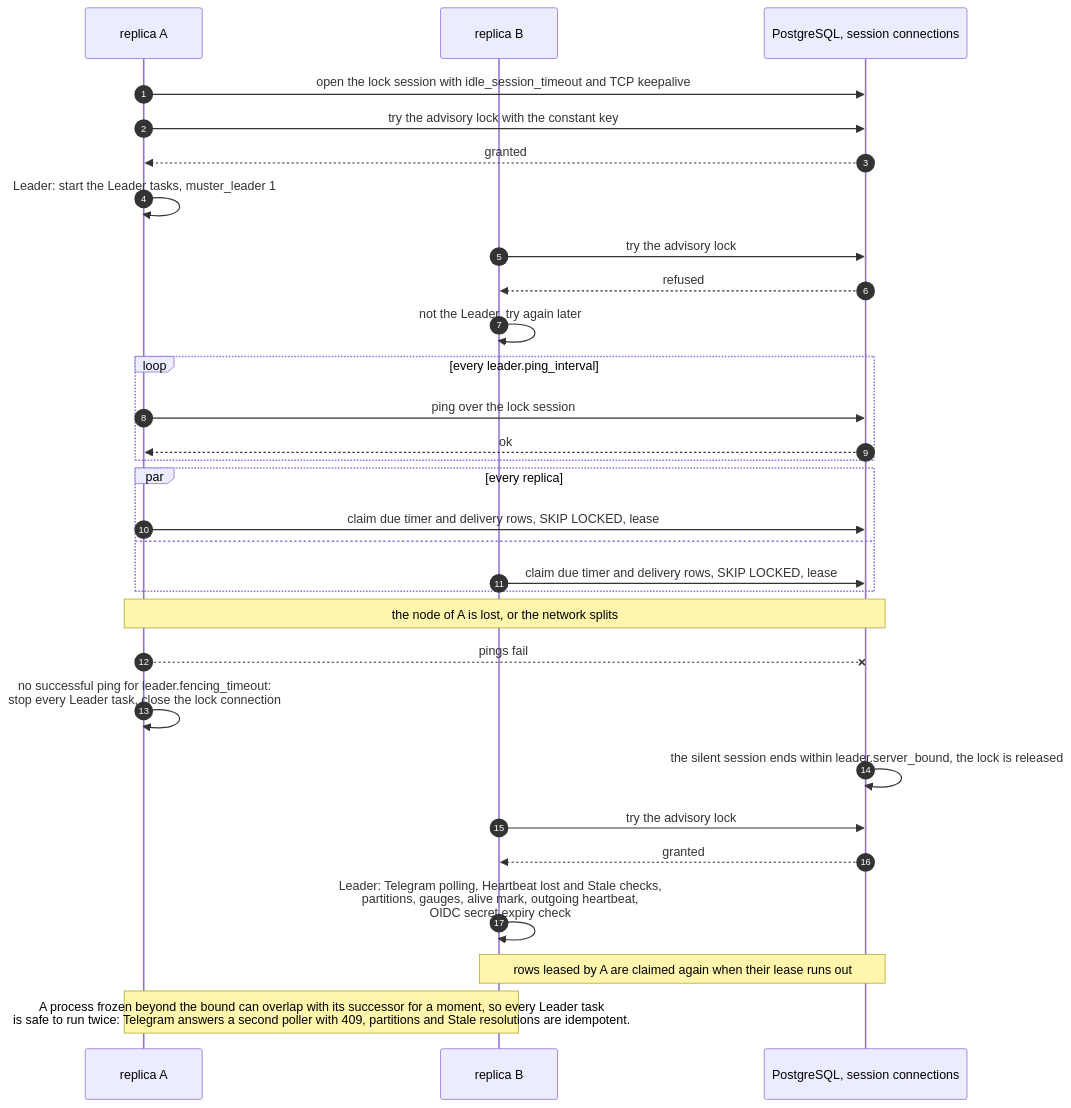
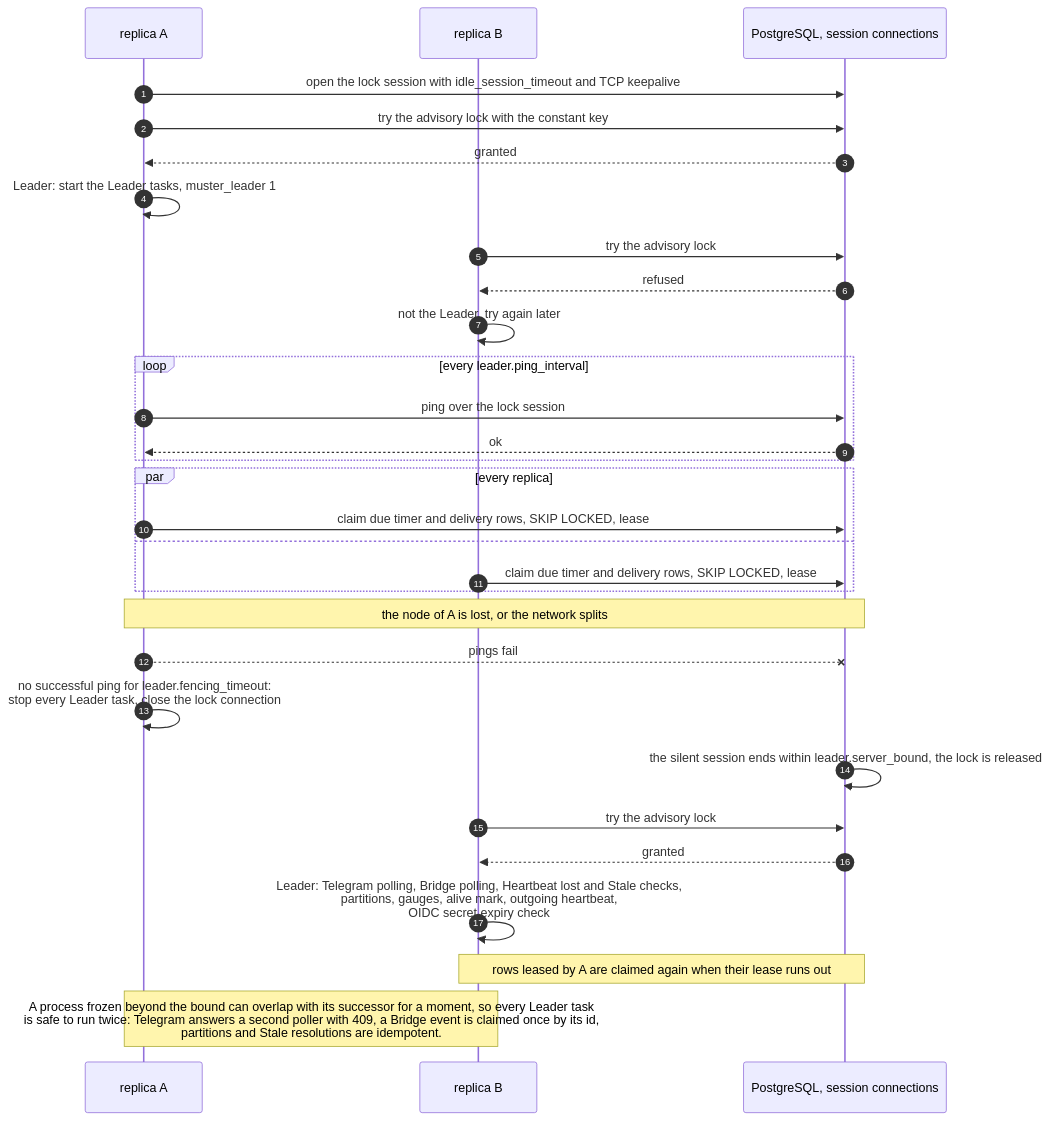
One commit to muster-io/muster changed diagram 17 of 27 in design/architecture.md. Above: the diagram before and after it, drawn with Mermaid. The commit also changed other lines of this file and 74 other files, not shown here.

Commit message:
feat(bridge): receive bridge events by polling and push and run text commands (#253)

````diff
--- a/design/architecture.md
+++ b/design/architecture.md
@@ -849,33 +936,33 @@
 ```mermaid
 sequenceDiagram
     autonumber
     participant A as replica A
     participant B as replica B
     participant PG as PostgreSQL, session connections
 
     A->>PG: open the lock session with idle_session_timeout and TCP keepalive
     A->>PG: try the advisory lock with the constant key
     PG-->>A: granted
     A->>A: Leader: start the Leader tasks, muster_leader 1
     B->>PG: try the advisory lock
     PG-->>B: refused
     B->>B: not the Leader, try again later
     loop every leader.ping_interval
         A->>PG: ping over the lock session
         PG-->>A: ok
     end
     par every replica
         A->>PG: claim due timer and delivery rows, SKIP LOCKED, lease
     and
         B->>PG: claim due timer and delivery rows, SKIP LOCKED, lease
     end
     Note over A,PG: the node of A is lost, or the network splits
     A--xPG: pings fail
     A->>A: no successful ping for leader.fencing_timeout:<br/>stop every Leader task, close the lock connection
     PG->>PG: the silent session ends within leader.server_bound, the lock is released
     B->>PG: try the advisory lock
     PG-->>B: granted
-    B->>B: Leader: Telegram polling, Heartbeat lost and Stale checks,<br/>partitions, gauges, alive mark, outgoing heartbeat,<br/>OIDC secret expiry check
+    B->>B: Leader: Telegram polling, Bridge polling, Heartbeat lost and Stale checks,<br/>partitions, gauges, alive mark, outgoing heartbeat,<br/>OIDC secret expiry check
     Note over B,PG: rows leased by A are claimed again when their lease runs out
-    Note over A,B: A process frozen beyond the bound can overlap with its successor for a moment, so every Leader task<br/>is safe to run twice: Telegram answers a second poller with 409, partitions and Stale resolutions are idempotent.
+    Note over A,B: A process frozen beyond the bound can overlap with its successor for a moment, so every Leader task<br/>is safe to run twice: Telegram answers a second poller with 409, a Bridge event is claimed once by its id,<br/>partitions and Stale resolutions are idempotent.
 ```
````
